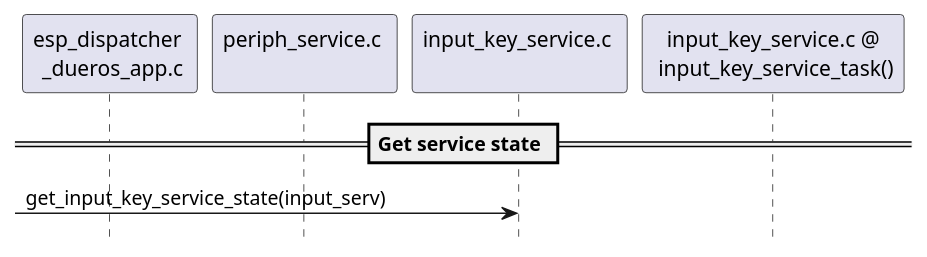
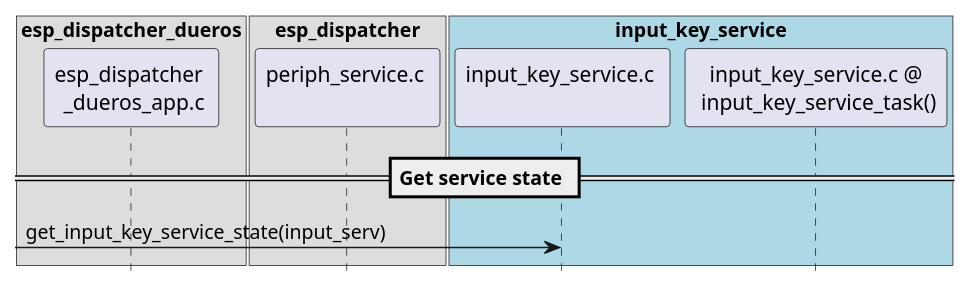
One commit to liangzhu2008/learn-esp-adf changed the fifth of 9 diagrams in docs/inside-dispatcher/input_key_service.rst. Above: the diagram before and after it, drawn with PlantUML. The commit also changed other lines of this file and 14 other files, not shown here.

Commit message:
用 plantweb 替换 plantuml.jar & graphviz

```diff
--- a/docs/inside-dispatcher/input_key_service.rst
+++ b/docs/inside-dispatcher/input_key_service.rst
@@ -131,11 +163,19 @@
 .. uml::
 
     hide footbox
 
-    participant "esp_dispatcher \n _dueros_app.c" as adf_app order 10
-    participant "periph_service.c \n" as periph_service order 20
-    participant "input_key_service.c \n" as spec_service order 50
-    participant "input_key_service.c @\n input_key_service_task()" as inner_task order 60
+    box "esp_dispatcher_dueros"
+    participant "esp_dispatcher \n _dueros_app.c" as example order 10
+    end box
+
+    box "esp_dispatcher" 
+    participant "periph_service.c \n"               as periph_service order 20
+    end box
+
+    box "input_key_service" #LightBlue
+    participant "input_key_service.c \n"                as input_service order 50
+    participant "input_key_service.c @\n input_key_service_task()" as input_task order 60
+    end box
 
     == Get service state ==
-                  [-> spec_service   : get_input_key_service_state(input_serv)
+                  [-> input_service   : get_input_key_service_state(input_serv)
```
